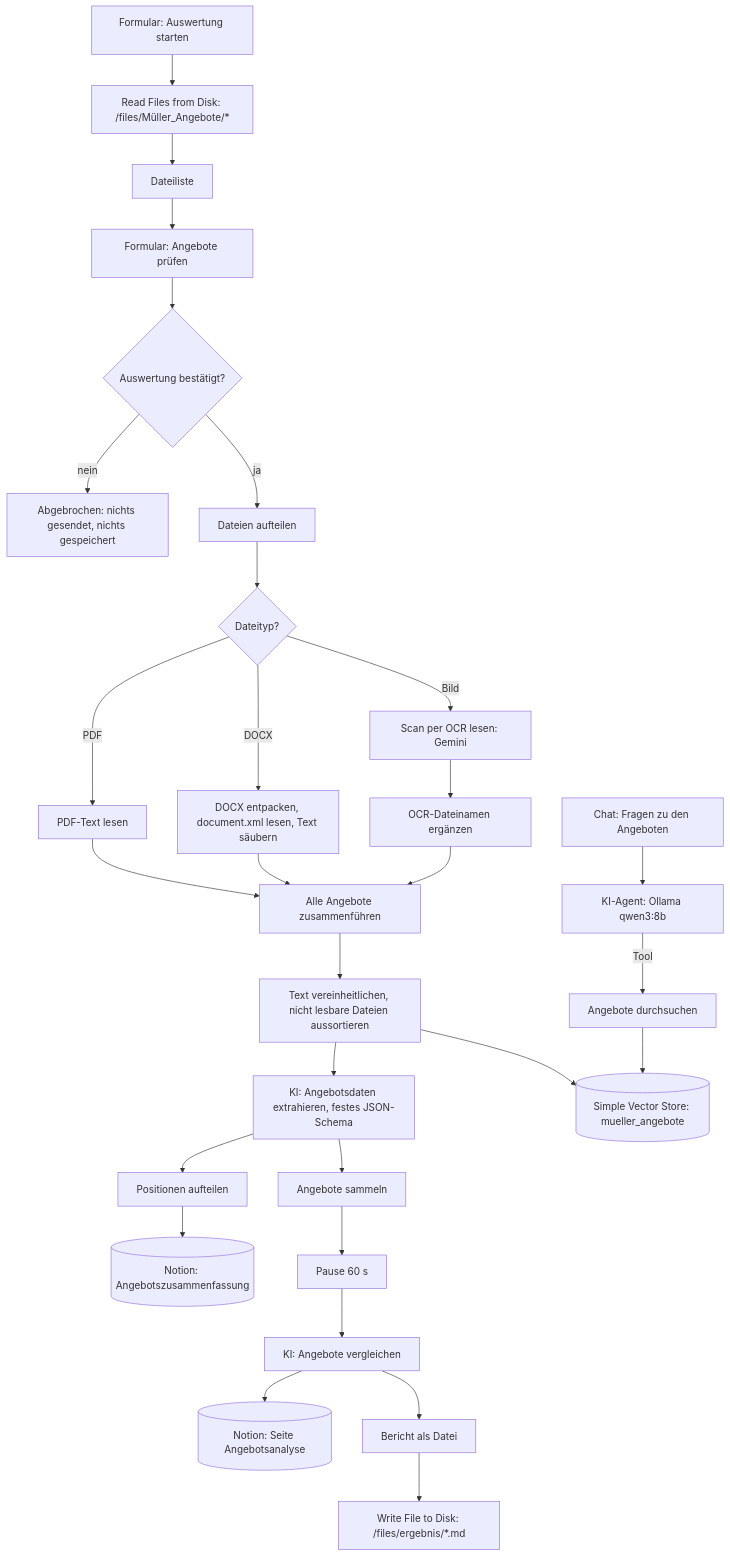
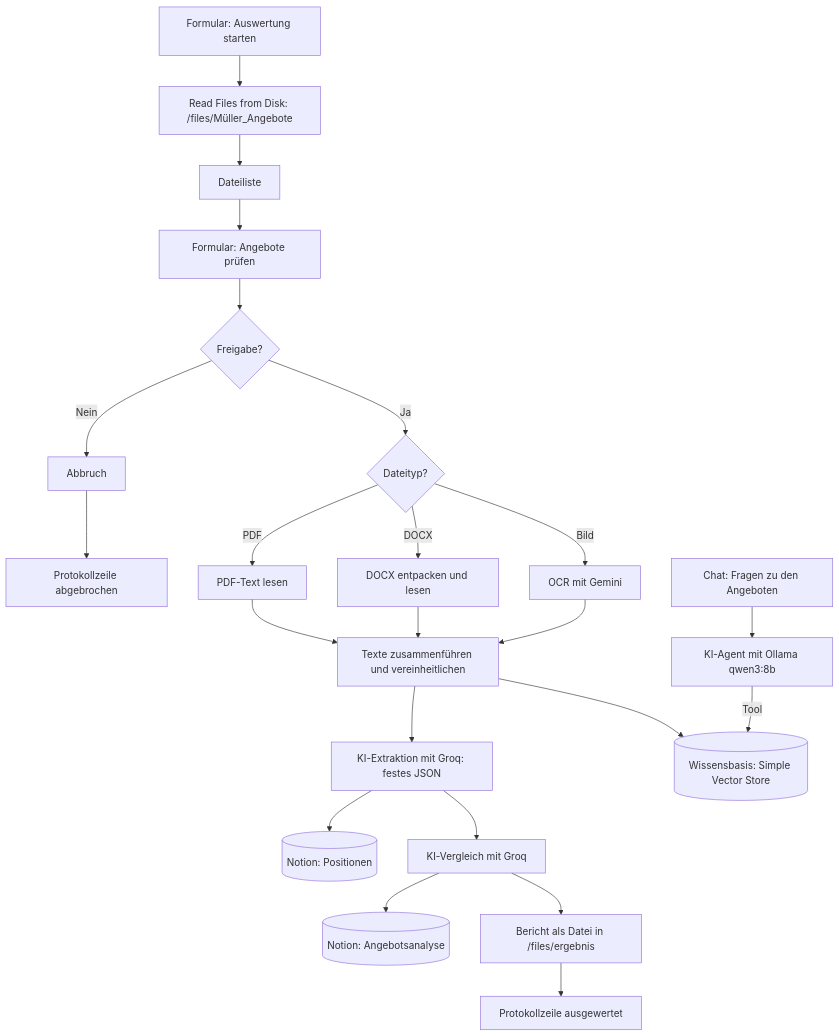
Before and after one commit to Oliver3110/n8n-angebotsauswertung-bau: the diagram in README.md, drawn with Mermaid. The commit also changed other lines of this file and 1 other file, not shown here.

````diff
--- a/README.md
+++ b/README.md
@@ -32,25 +56,23 @@
 ```mermaid
 flowchart TD
-    A[Formular: Auswertung starten] --> B[Read Files from Disk: /files/Müller_Angebote/*]
+    A[Formular: Auswertung starten] --> B[Read Files from Disk: /files/Müller_Angebote]
     B --> C[Dateiliste]
     C --> D[Formular: Angebote prüfen]
-    D --> E{Auswertung bestätigt?}
-    E -- nein --> X[Abgebrochen: nichts gesendet, nichts gespeichert]
-    E -- ja --> F[Dateien aufteilen]
-    F --> G{Dateityp?}
-    G -- PDF --> H[PDF-Text lesen]
-    G -- DOCX --> I[DOCX entpacken, document.xml lesen, Text säubern]
-    G -- Bild --> J[Scan per OCR lesen: Gemini] --> J2[OCR-Dateinamen ergänzen]
-    H --> K[Alle Angebote zusammenführen]
+    D --> E{Freigabe?}
+    E -- Nein --> X[Abbruch] --> P2[Protokollzeile abgebrochen]
+    E -- Ja --> F{Dateityp?}
+    F -- PDF --> H[PDF-Text lesen]
+    F -- DOCX --> I[DOCX entpacken und lesen]
+    F -- Bild --> J[OCR mit Gemini]
+    H --> K[Texte zusammenführen und vereinheitlichen]
     I --> K
-    J2 --> K
-    K --> L[Text vereinheitlichen, nicht lesbare Dateien aussortieren]
-    L --> M[KI: Angebotsdaten extrahieren, festes JSON-Schema]
-    M --> N[Positionen aufteilen] --> O[(Notion: Angebotszusammenfassung)]
-    M --> P[Angebote sammeln] --> Q[Pause 60 s] --> R[KI: Angebote vergleichen]
-    R --> S[(Notion: Seite Angebotsanalyse)]
-    R --> T[Bericht als Datei] --> U[Write File to Disk: /files/ergebnis/*.md]
-    L --> V[(Simple Vector Store: mueller_angebote)]
-    W[Chat: Fragen zu den Angeboten] --> Y[KI-Agent: Ollama qwen3:8b]
-    Y -- Tool --> Z[Angebote durchsuchen] --> V
+    J --> K
+    K --> M[KI-Extraktion mit Groq: festes JSON]
+    K --> V[(Wissensbasis: Simple Vector Store)]
+    M --> N[(Notion: Positionen)]
+    M --> R[KI-Vergleich mit Groq]
+    R --> S[(Notion: Angebotsanalyse)]
+    R --> T[Bericht als Datei in /files/ergebnis] --> P1[Protokollzeile ausgewertet]
+    W[Chat: Fragen zu den Angeboten] --> Y[KI-Agent mit Ollama qwen3:8b]
+    Y -- Tool --> V
 ```
````
